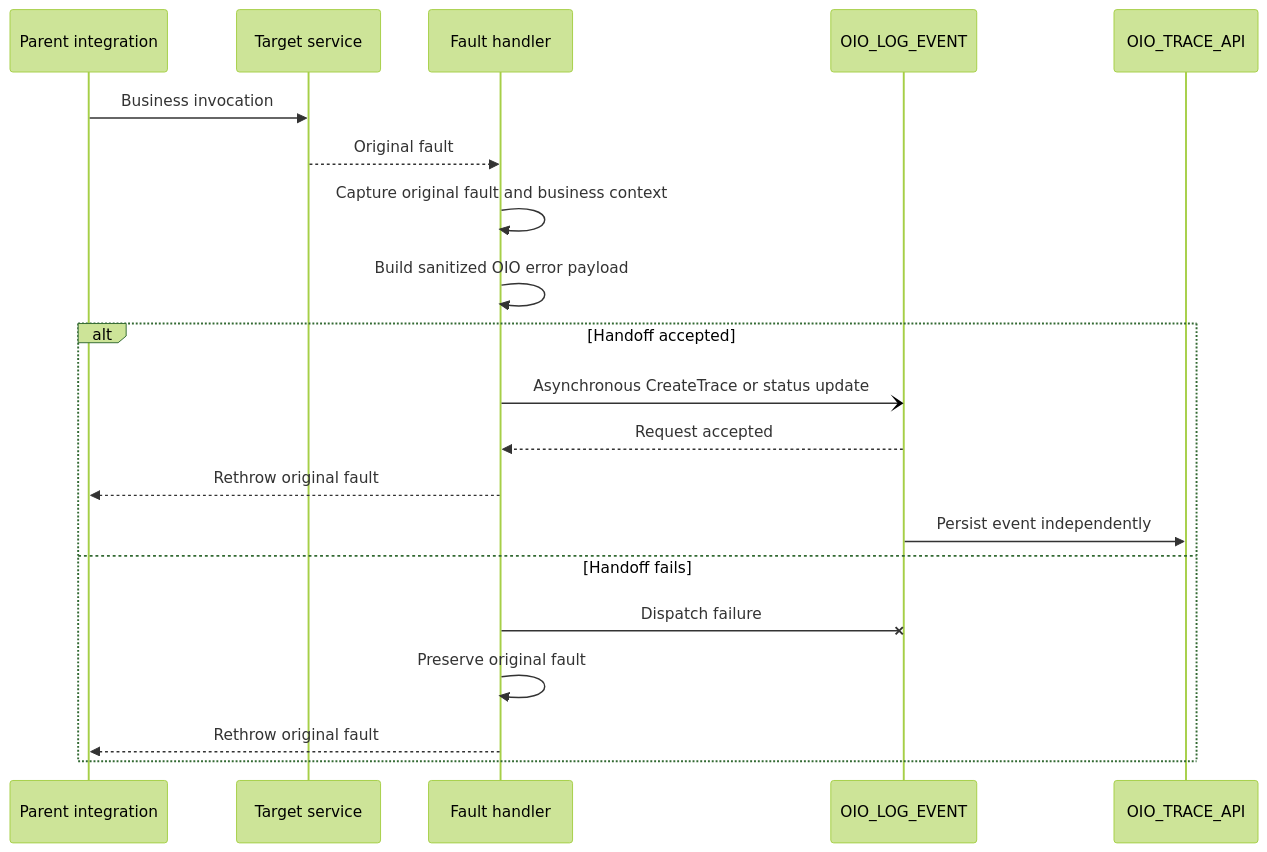
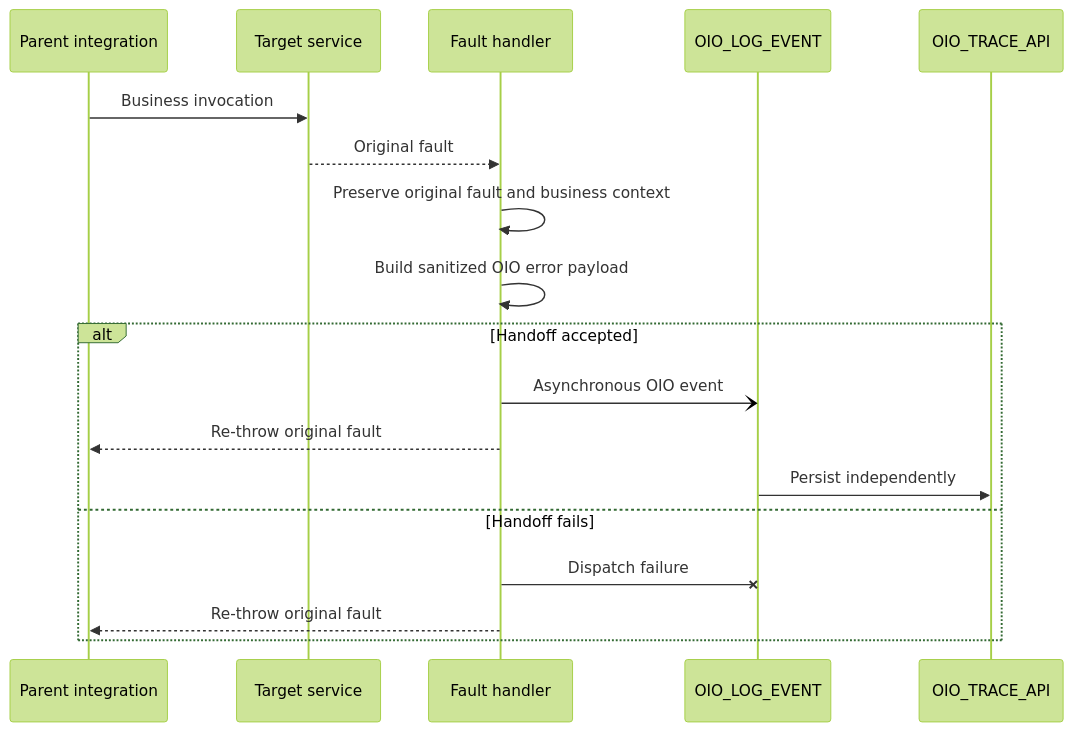
The diagram in oic/fault-handler-pattern.md (lucianosilva/oracle-integration-observability), drawn with Mermaid (forest theme) before and after one commit. The commit also changed other lines of this file and 9 other files, not shown here.

````diff
--- a/oic/fault-handler-pattern.md
+++ b/oic/fault-handler-pattern.md
@@ -52,24 +38,22 @@
 ```mermaid
 sequenceDiagram
     participant Parent as Parent integration
     participant Target as Target service
     participant Handler as Fault handler
     participant Logger as OIO_LOG_EVENT
     participant DB as OIO_TRACE_API
 
     Parent->>Target: Business invocation
     Target-->>Handler: Original fault
-    Handler->>Handler: Capture original fault and business context
+    Handler->>Handler: Preserve original fault and business context
     Handler->>Handler: Build sanitized OIO error payload
 
     alt Handoff accepted
-        Handler-)Logger: Asynchronous CreateTrace or status update
-        Logger-->>Handler: Request accepted
-        Handler-->>Parent: Rethrow original fault
-        Logger->>DB: Persist event independently
+        Handler-)Logger: Asynchronous OIO event
+        Handler-->>Parent: Re-throw original fault
+        Logger->>DB: Persist independently
     else Handoff fails
         Handler-xLogger: Dispatch failure
-        Handler->>Handler: Preserve original fault
-        Handler-->>Parent: Rethrow original fault
+        Handler-->>Parent: Re-throw original fault
     end
 ```
````
